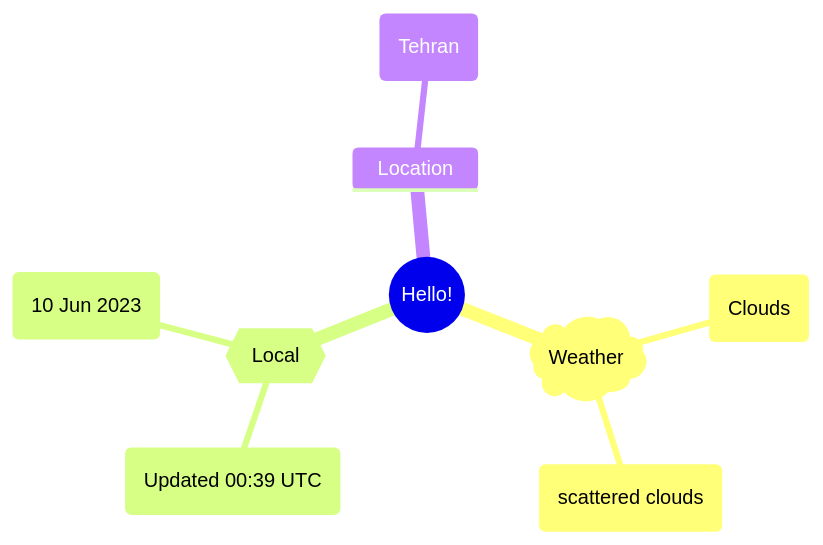
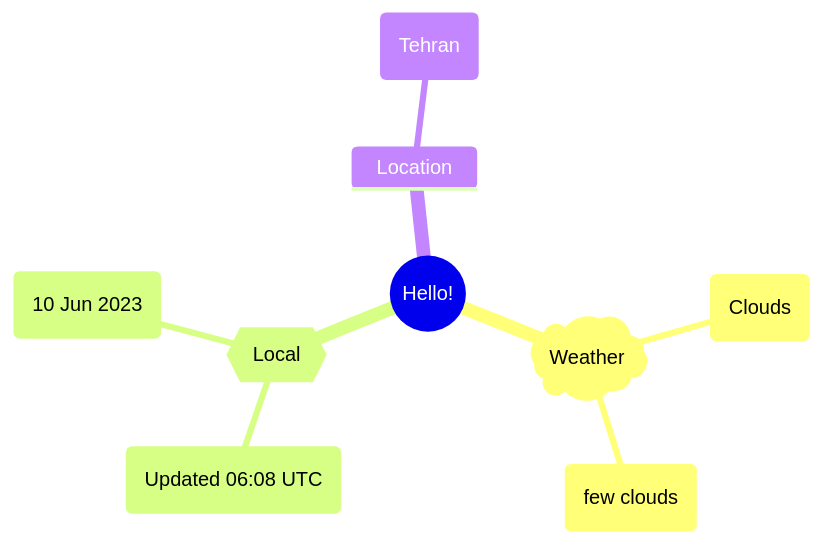
One commit to Xosrov/Xosrov changed the first of 2 diagrams in README.md. Above: the diagram before and after it, drawn with Mermaid.

Commit message:
[bot] updated images

````diff
--- a/README.md
+++ b/README.md
@@ -3,12 +3,12 @@
 ```mermaid
 mindmap
   root((Hello!))
     )Weather(
         (Clouds)
-        (scattered clouds)
+        (few clouds)
     {{Local}}
-        (Updated 00:39 UTC)
+        (Updated 06:08 UTC)
         (10 Jun 2023)
     Location
         (Tehran)
 ```
````
